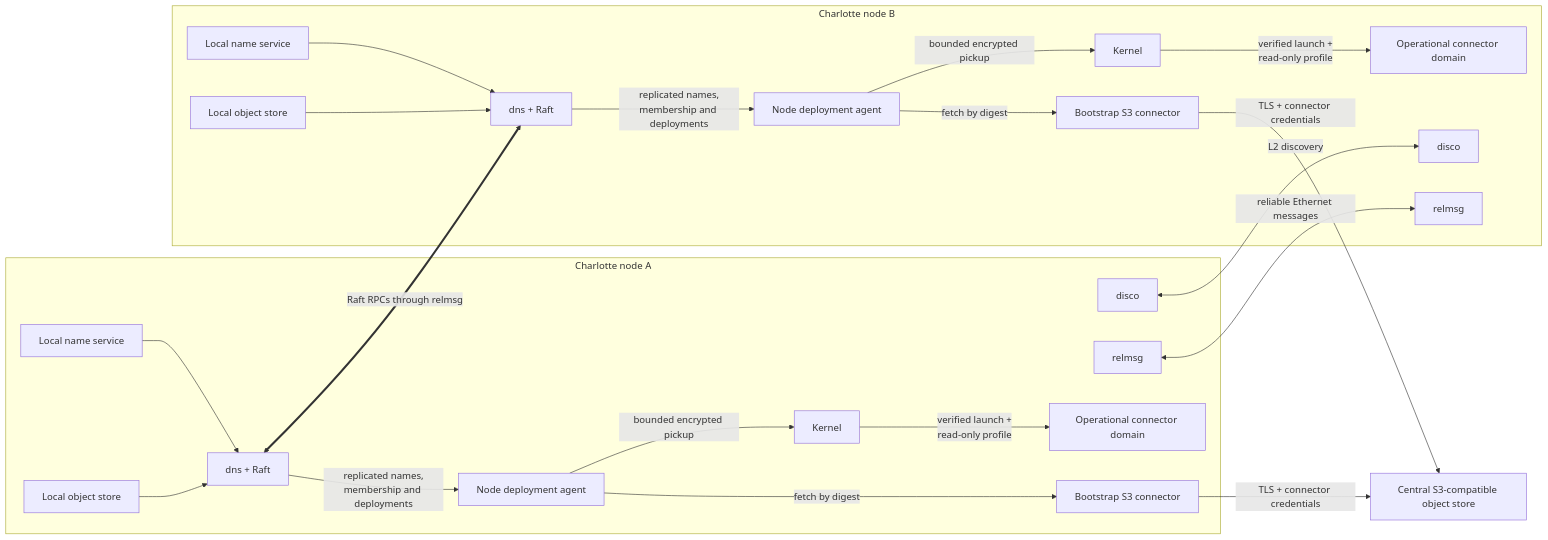
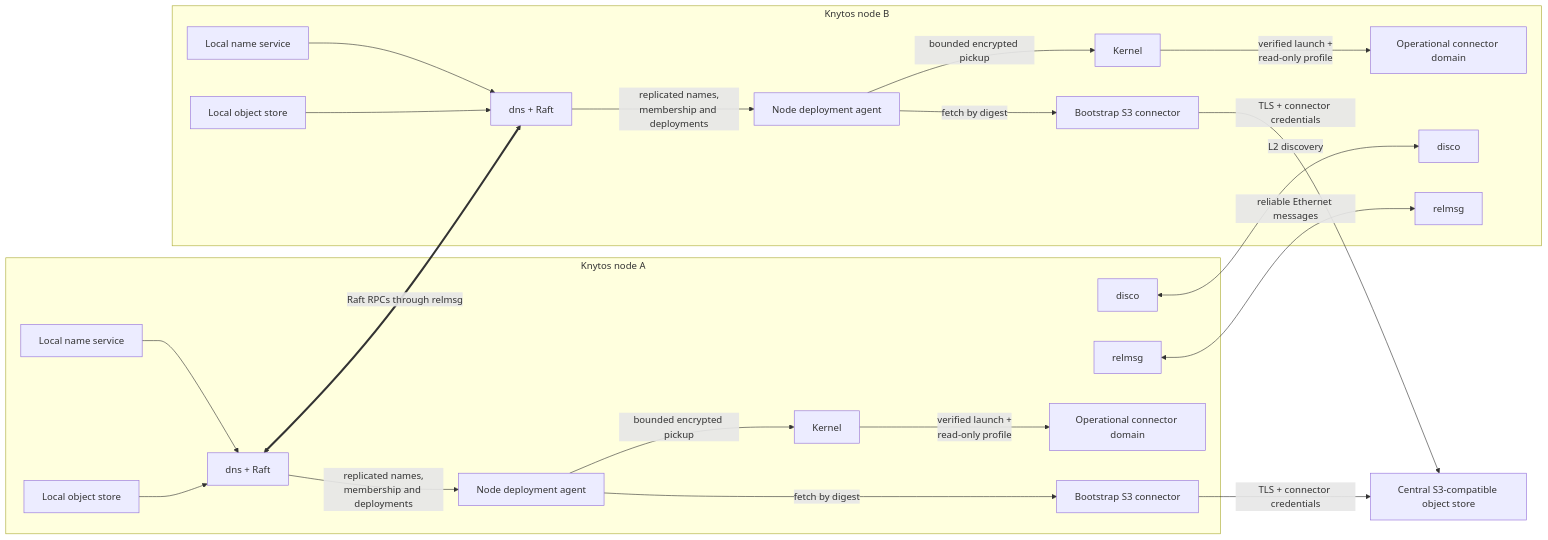
The sixth of 14 diagrams in docs/figures.md (FrodeRanders/charlotte-os), drawn with Mermaid before and after one commit. The commit also changed other lines of this file and 333 other files, not shown here.

````diff
--- a/docs/figures.md
+++ b/docs/figures.md
@@ -256,49 +256,49 @@
 ```mermaid
 flowchart LR
-      subgraph A["Charlotte node A"]
+      subgraph A["Knytos node A"]
           KA["Kernel"]
           NSA["Local name service"]
           DA["disco"]
           DNA["dns + Raft"]
           RA["relmsg"]
           OA["Local object store"]
           AA["Node deployment agent"]
           S3A["Bootstrap S3 connector"]
           CA["Operational connector domain"]
       end
 
-      subgraph B["Charlotte node B"]
+      subgraph B["Knytos node B"]
           KB["Kernel"]
           NSB["Local name service"]
           DB["disco"]
           DNB["dns + Raft"]
           RB["relmsg"]
           OB["Local object store"]
           AB["Node deployment agent"]
           S3B["Bootstrap S3 connector"]
           CB["Operational connector domain"]
       end
 
       CENTRAL["Central S3-compatible object store"]
 
       DA <-->|"L2 discovery"| DB
       RA <-->|"reliable Ethernet messages"| RB
       DNA <==>|"Raft RPCs through relmsg"| DNB
      
       NSA --> DNA
       NSB --> DNB
       OA --> DNA
       OB --> DNB
 
       DNA -->|"replicated names,<br/>membership and deployments"| AA
       DNB -->|"replicated names,<br/>membership and deployments"| AB
 
       AA -->|"bounded encrypted pickup"| KA
       AB -->|"bounded encrypted pickup"| KB
       AA -->|"fetch by digest"| S3A
       AB -->|"fetch by digest"| S3B
       S3A -->|"TLS + connector credentials"| CENTRAL
       S3B -->|"TLS + connector credentials"| CENTRAL
       KA -->|"verified launch +<br/>read-only profile"| CA
       KB -->|"verified launch +<br/>read-only profile"| CB
 ```
````
